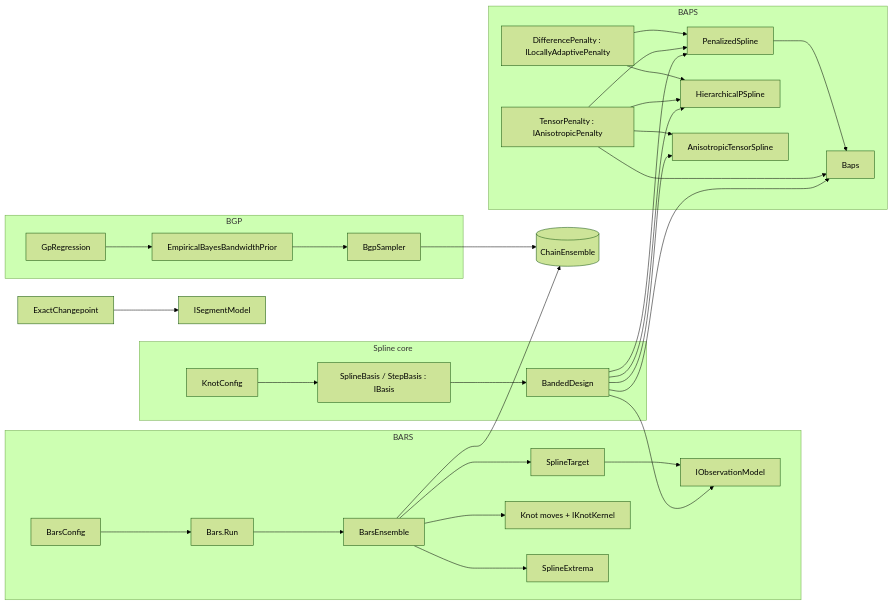
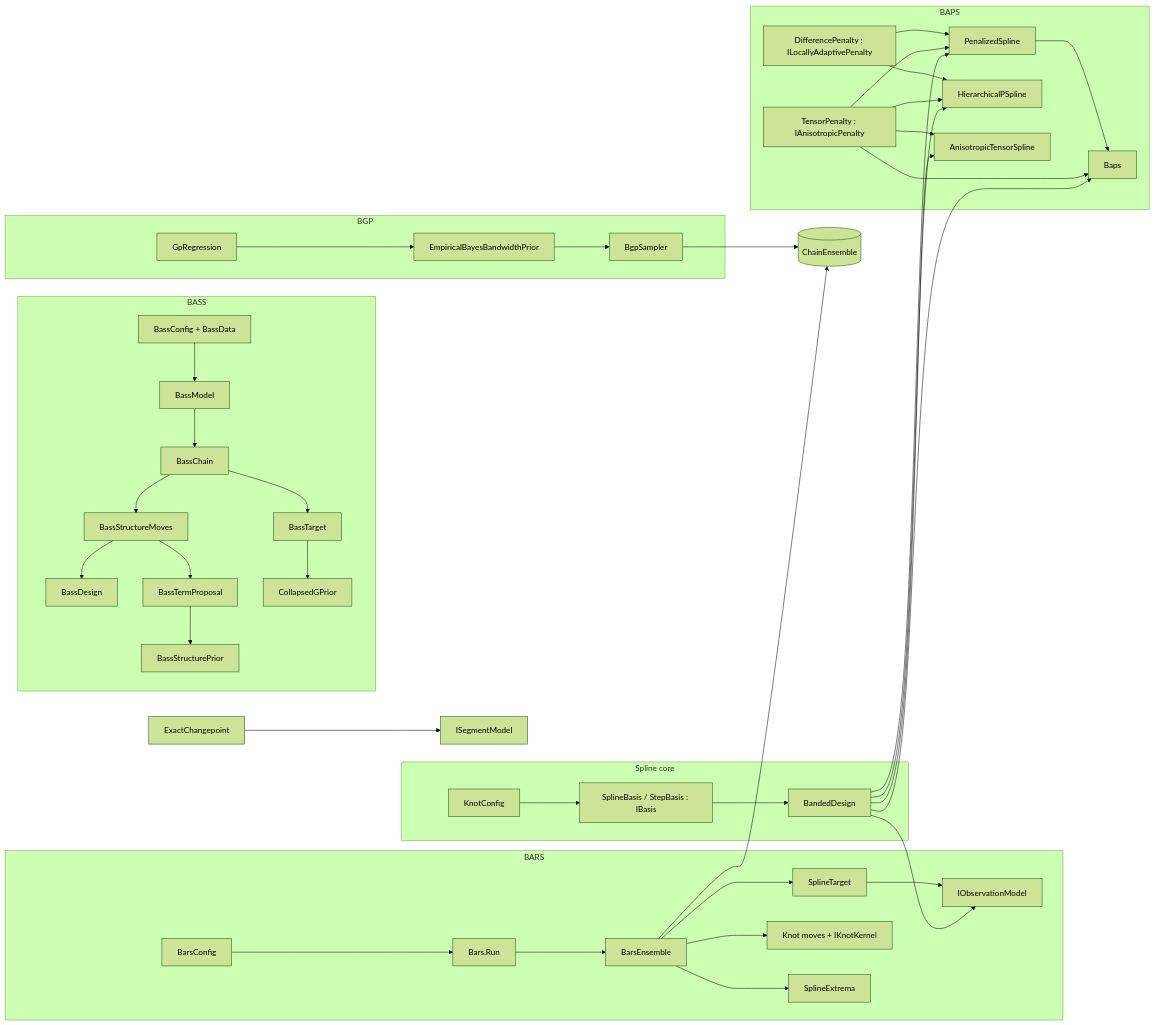
One commit to aghado01/ThermoMapper changed the diagram in docs/Maths/BayesianRegression.md. Above: the diagram before and after it, drawn with Mermaid (forest theme). The commit also changed other lines of this file, not shown here.

First line of the commit message:
docs(bass): BASS's section in BayesianRegression (stage 4, S1–S6)

````diff
--- a/docs/Maths/BayesianRegression.md
+++ b/docs/Maths/BayesianRegression.md
@@ -15,26 +17,32 @@
 ```mermaid
 flowchart LR
   subgraph Spline core
     KC[KnotConfig] --> SB[SplineBasis / StepBasis : IBasis] --> BD[BandedDesign]
   end
   subgraph BARS
     BC[BarsConfig] --> BR[Bars.Run] --> BE[BarsEnsemble]
     BE --> ST[SplineTarget] --> OM[IObservationModel]
     BE --> KM[Knot moves + IKnotKernel]
     BE --> SX[SplineExtrema]
+  end
+  subgraph BASS
+    QC["BassConfig + BassData"] --> QM[BassModel] --> QH[BassChain]
+    QH --> QS[BassStructureMoves] --> QD[BassDesign]
+    QS --> QP[BassTermProposal] --> QR[BassStructurePrior]
+    QH --> QT[BassTarget] --> CG[CollapsedGPrior]
   end
   subgraph BAPS
     DP[DifferencePenalty : ILocallyAdaptivePenalty] --> PS[PenalizedSpline] --> BS[Baps]
     DP --> HP[HierarchicalPSpline]
     TP[TensorPenalty : IAnisotropicPenalty] --> PS
     TP --> BS
     TP --> HP
     TP --> AT[AnisotropicTensorSpline]
   end
   subgraph BGP
     GP[GpRegression] --> EB[EmpiricalBayesBandwidthPrior] --> BG[BgpSampler]
   end
   EC[ExactChangepoint] --> SM[ISegmentModel]
   BD --> OM & PS & BS & HP & AT
   BE & BG --> CE[(ChainEnsemble)]
 ```
````
